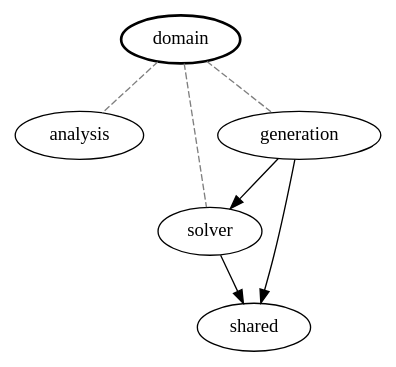
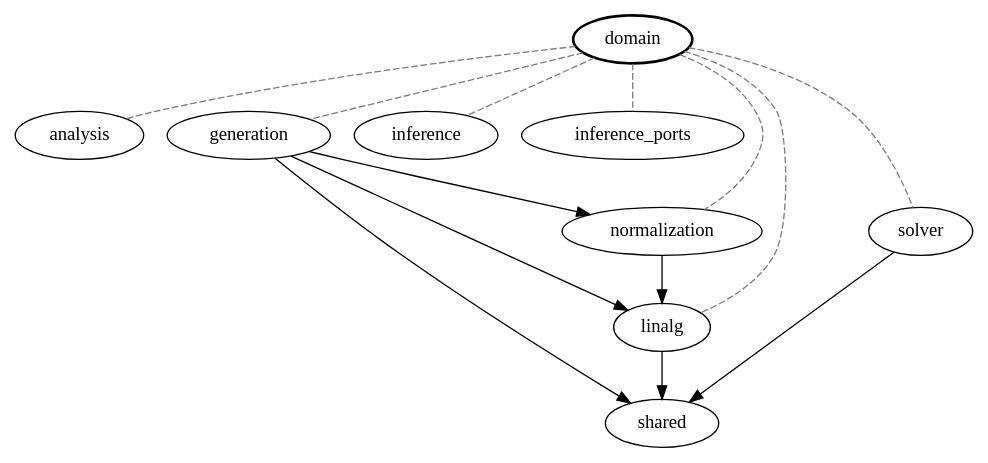
One commit to constatza/dl-experiments changed the diagram in docs/neuralls/diagrams/domain.dot. Above: the diagram before and after it, drawn with Graphviz. The commit also changed 6 other files, not shown here.

First line of the commit message:
docs(neuralls): regenerate dependency graphs from current source

```diff
--- a/docs/neuralls/diagrams/domain.dot
+++ b/docs/neuralls/diagrams/domain.dot
@@ -1,13 +1,24 @@
 digraph {
 "neuralls.domain" [label="domain" style="bold"];
 "neuralls.domain.analysis" [label="analysis"];
 "neuralls.domain.generation" [label="generation"];
+"neuralls.domain.inference" [label="inference"];
+"neuralls.domain.inference_ports" [label="inference_ports"];
+"neuralls.domain.linalg" [label="linalg"];
+"neuralls.domain.normalization" [label="normalization"];
 "neuralls.domain.solver" [label="solver"];
 "neuralls.shared" [label="shared"];
 "neuralls.domain" -> "neuralls.domain.analysis" [style="dashed" color="gray50" arrowhead="none"];
 "neuralls.domain" -> "neuralls.domain.generation" [style="dashed" color="gray50" arrowhead="none"];
+"neuralls.domain" -> "neuralls.domain.inference" [style="dashed" color="gray50" arrowhead="none"];
+"neuralls.domain" -> "neuralls.domain.inference_ports" [style="dashed" color="gray50" arrowhead="none"];
+"neuralls.domain" -> "neuralls.domain.linalg" [style="dashed" color="gray50" arrowhead="none"];
+"neuralls.domain" -> "neuralls.domain.normalization" [style="dashed" color="gray50" arrowhead="none"];
 "neuralls.domain" -> "neuralls.domain.solver" [style="dashed" color="gray50" arrowhead="none"];
-"neuralls.domain.generation" -> "neuralls.domain.solver";
+"neuralls.domain.generation" -> "neuralls.domain.linalg";
+"neuralls.domain.generation" -> "neuralls.domain.normalization";
 "neuralls.domain.generation" -> "neuralls.shared";
+"neuralls.domain.linalg" -> "neuralls.shared";
+"neuralls.domain.normalization" -> "neuralls.domain.linalg";
 "neuralls.domain.solver" -> "neuralls.shared";
 }
```
